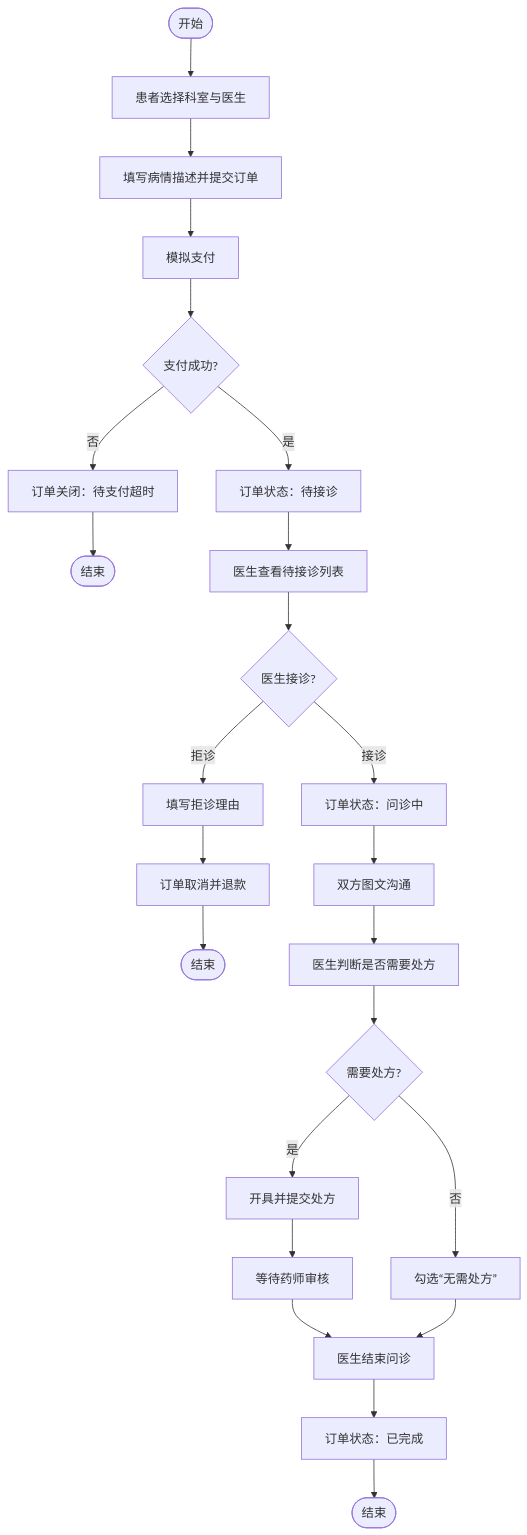
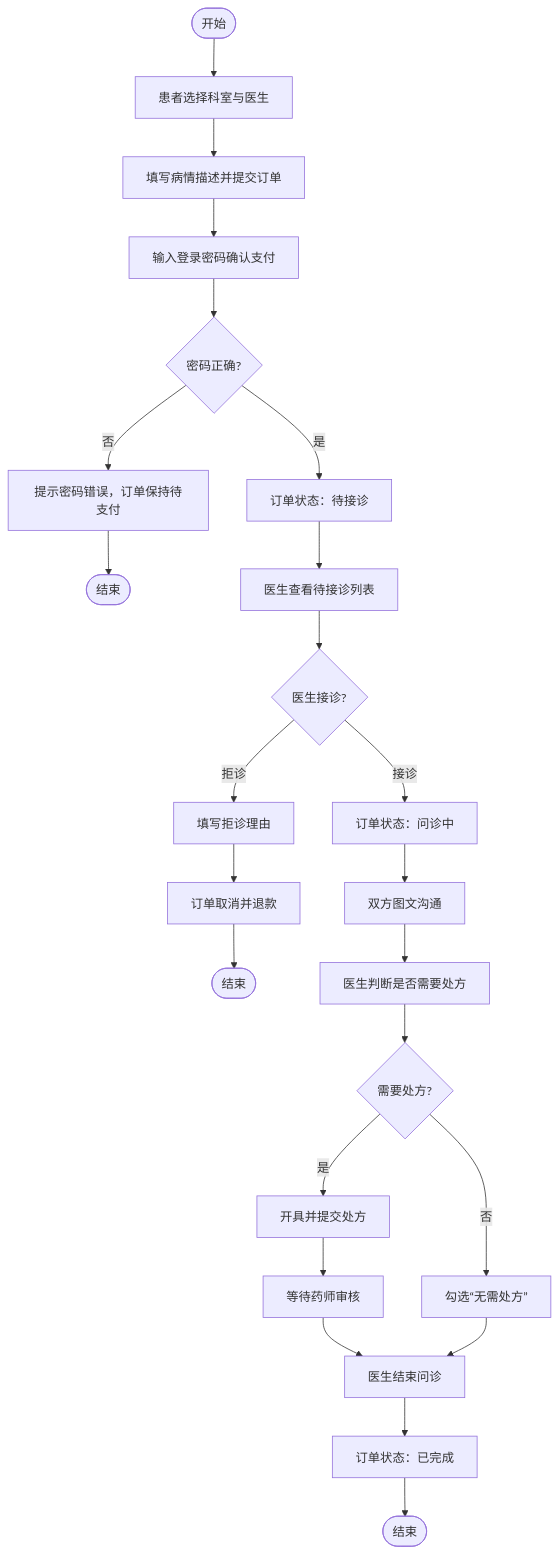
Before and after one commit to RefuseIOT/MedicinePlatform: the fourth of 7 diagrams in docs/diagrams/README.md, drawn with Mermaid. The commit also changed 2 other files, not shown here.

Commit message:
docs: 模拟支付

````diff
--- a/docs/diagrams/README.md
+++ b/docs/diagrams/README.md
@@ -97,26 +97,26 @@
 ```mermaid
 flowchart TD
     A([开始]) --> B[患者选择科室与医生]
     B --> C[填写病情描述并提交订单]
-    C --> D[模拟支付]
-    D --> E{支付成功?}
+    C --> D[输入登录密码确认支付]
+    D --> E{密码正确?}
     E -- 是 --> F[订单状态：待接诊]
-    E -- 否 --> G[订单关闭：待支付超时]
+    E -- 否 --> G[提示密码错误，订单保持待支付]
     G --> H([结束])
     F --> I[医生查看待接诊列表]
     I --> J{医生接诊?}
     J -- 接诊 --> K[订单状态：问诊中]
     J -- 拒诊 --> L[填写拒诊理由]
     L --> M[订单取消并退款]
     M --> N([结束])
     K --> O[双方图文沟通]
     O --> P[医生判断是否需要处方]
     P --> Q{需要处方?}
     Q -- 是 --> R[开具并提交处方]
     R --> S[等待药师审核]
     Q -- 否 --> T[勾选“无需处方”]
     S --> U[医生结束问诊]
     T --> U
     U --> V[订单状态：已完成]
     V --> W([结束])
 ```
````
